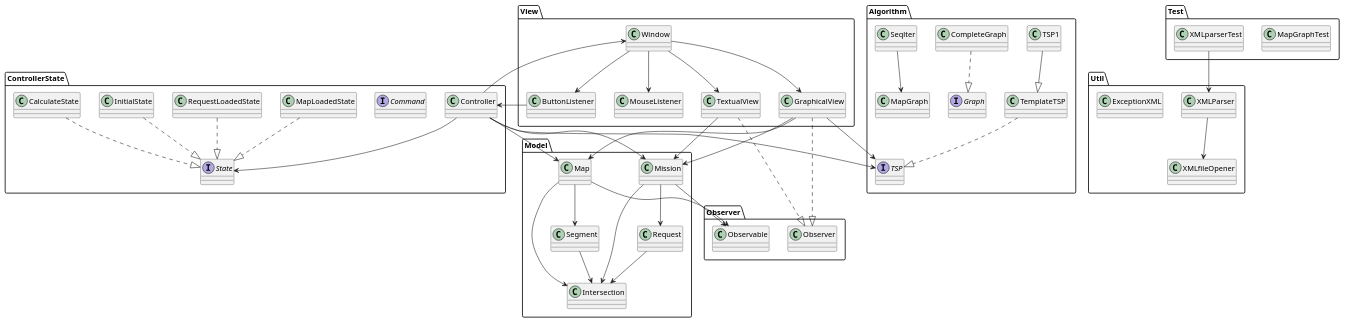
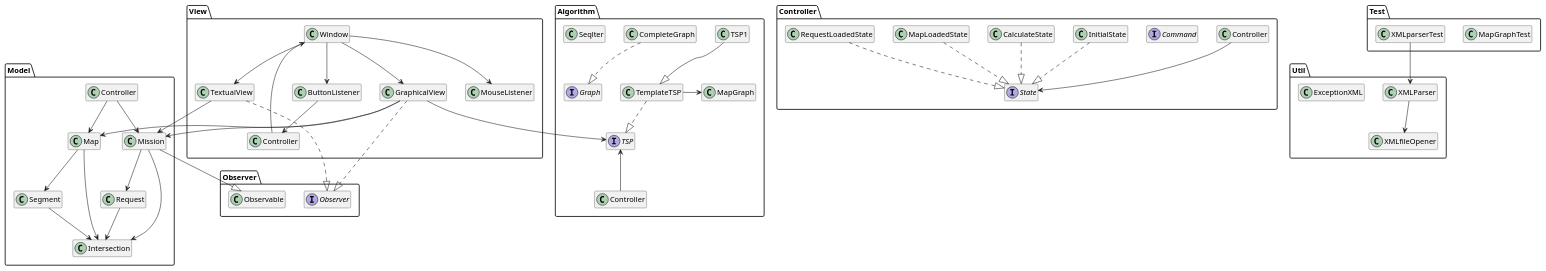
One commit to Karlenkko/Agile-OnErrand changed the diagram in src/documentation/PackageDiagram.puml. Above: the diagram before and after it, drawn with PlantUML.

```diff
--- a/src/documentation/PackageDiagram.puml
+++ b/src/documentation/PackageDiagram.puml
@@ -1,139 +1,104 @@
 @startuml
 
-'abstract class AbstractList
-'abstract AbstractCollection
-'interface List
-'interface Collection
-'
-'List <|-- AbstractList
-'Collection <|-- AbstractCollection
-'
-'Collection <|- List
-'AbstractCollection <|- AbstractList
-'AbstractList <|-- ArrayList
-'
-'class ArrayList {
-'Object[] elementData
-'size()
-'}
-'
-'enum TimeUnit {
-'DAYS
-'HOURS
-'MINUTES
-'}
+hide members
 
-
-
-Package ControllerState{
+Package Controller{
     class Controller
 
     interface Command
     class InitialState
     class CalculateState
     class MapLoadedState
     class RequestLoadedState
 
     interface State
     Controller --> State
     InitialState ..|> State
     CalculateState ..|> State
     MapLoadedState ..|> State
     RequestLoadedState ..|> State
 }
 Package Util{
     class XMLParser
     class XMLfileOpener
     class ExceptionXML
 
     XMLParser --> XMLfileOpener
 
 }
 Package Algorithm{
     interface TSP
     class TSP1
     class TemplateTSP
     interface Graph
     class CompleteGraph
     class MapGraph
     class Seqlter
 
-    Controller --> TSP
+    TemplateTSP -> MapGraph
+    Controller -up-> TSP
     TSP1 --|> TemplateTSP
     TemplateTSP ..|> TSP
     CompleteGraph..|> Graph
-    Seqlter --> MapGraph
 
 }
 Package Model{
     class Intersection
     class Map
     class Mission
     class Request
     class Segment
 
     Map --> Intersection
     Map --> Segment
     Controller --> Map
 
     Controller --> Mission
     Mission --> Intersection
     Mission --> Request
 
     Request --> Intersection
     Segment --> Intersection
 
 }
 Package Test{
     class MapGraphTest
     class XMLparserTest
 
     XMLparserTest --> XMLParser
 }
 Package View{
     class Window
     class TextualView
     class GraphicalView
     class ButtonListener
     class MouseListener
 
     Controller --> Window
     Window --> TextualView
     Window --> GraphicalView
     Window --> ButtonListener
     Window --> MouseListener
 
     TextualView --> Mission
 
     GraphicalView --> Map
     GraphicalView --> Mission
     GraphicalView --> TSP
 
-    'MouseListener --> Controller
     ButtonListener --> Controller
 
 }
 Package Observer{
-    class Observer
+    interface Observer
     class Observable
 
     TextualView ..|> Observer
     GraphicalView ..|> Observer
 
-    Map --> Observable
-    Mission --> Observable
+    Mission --|> Observable
 }
 
 
 
-'View <--> ControllerState
-'ControllerState --> Model
-'View -> Model
-'Algorithm <- ControllerState
-'ControllerState -> Util
-'
-'Util --> Test
-'Algorithm --> Test
-'View -> Observer
-
 @enduml
```
